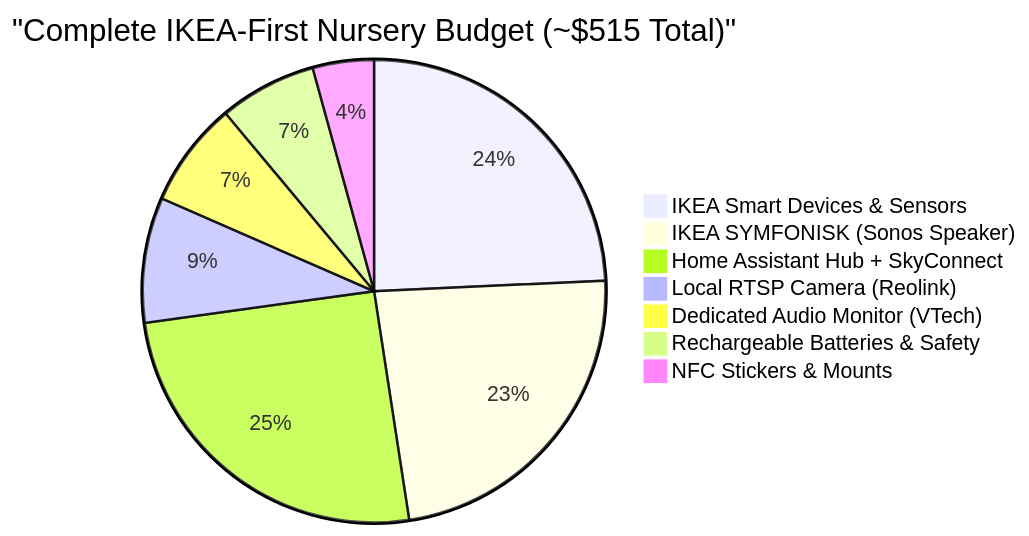
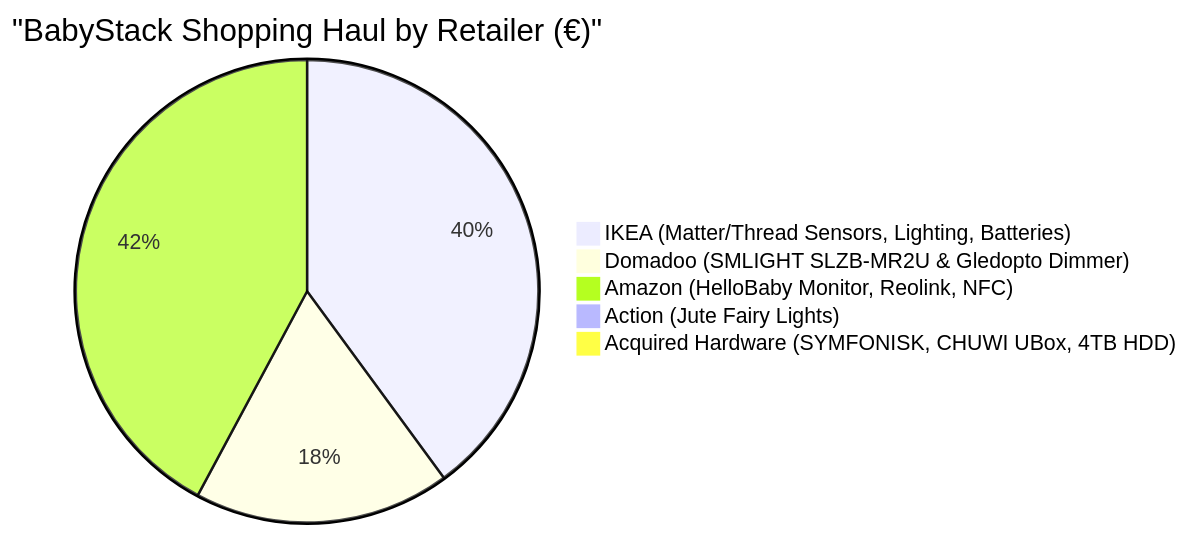
One commit to lssol/lilyStack changed the diagram in docs/shopping-list.md. Above: the diagram before and after it, drawn with Mermaid. The commit also changed other lines of this file and 12 other files, not shown here.

Commit message:
feat: add Proxmox 3-stage setup runbook, acquired hardware inventory & homelab architecture

````diff
--- a/docs/shopping-list.md
+++ b/docs/shopping-list.md
@@ -80,10 +96,8 @@
 ```mermaid
-pie title "Complete IKEA-First Nursery Budget (~$515 Total)"
-    "IKEA Smart Devices & Sensors" : 125
-    "IKEA SYMFONISK (Sonos Speaker)" : 120
-    "Home Assistant Hub + SkyConnect" : 130
-    "Local RTSP Camera (Reolink)" : 45
-    "Dedicated Audio Monitor (VTech)" : 38
-    "Rechargeable Batteries & Safety" : 35
-    "NFC Stickers & Mounts" : 22
+pie title "BabyStack Shopping Haul by Retailer (€)"
+    "IKEA (Matter/Thread Sensors, Lighting, Batteries)" : 125
+    "Domadoo (SMLIGHT SLZB-MR2U & Gledopto Dimmer)" : 56
+    "Amazon (HelloBaby Monitor, Reolink, NFC)" : 132
+    "Action (Jute Fairy Lights)" : 3
+    "Acquired Hardware (SYMFONISK, CHUWI UBox, 4TB HDD)" : 0
 ```
````
